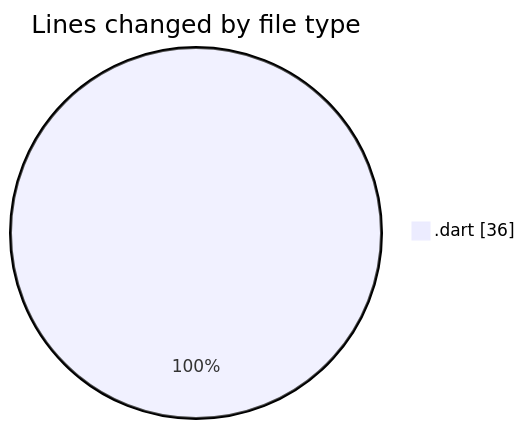
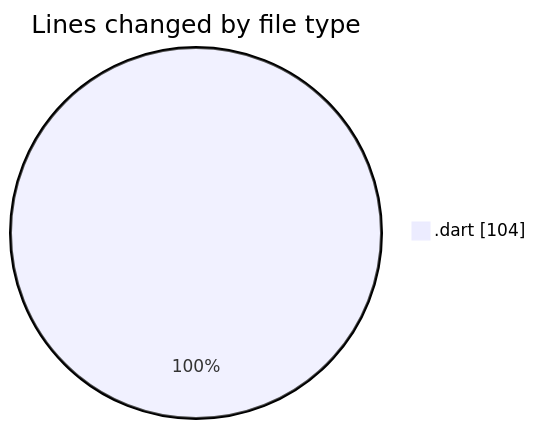
Before and after one commit to lephambinh05/code-tracking: the first of 2 diagrams in 2025-08-05/studybuddy/README.md, drawn with Mermaid. The commit also changed other lines of this file and 1 other file, not shown here.

````diff
--- a/2025-08-05/studybuddy/README.md
+++ b/2025-08-05/studybuddy/README.md
@@ -21,5 +22,5 @@
 ```mermaid
 pie showData
 title Lines changed by file type
-".dart" : 36
+".dart" : 104
 ```
````
